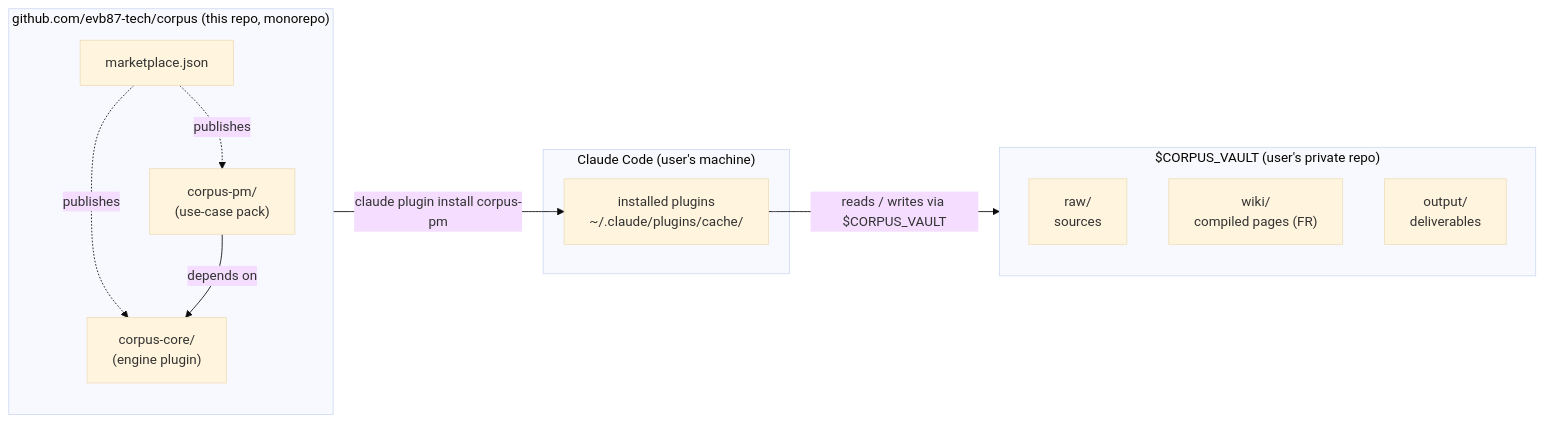
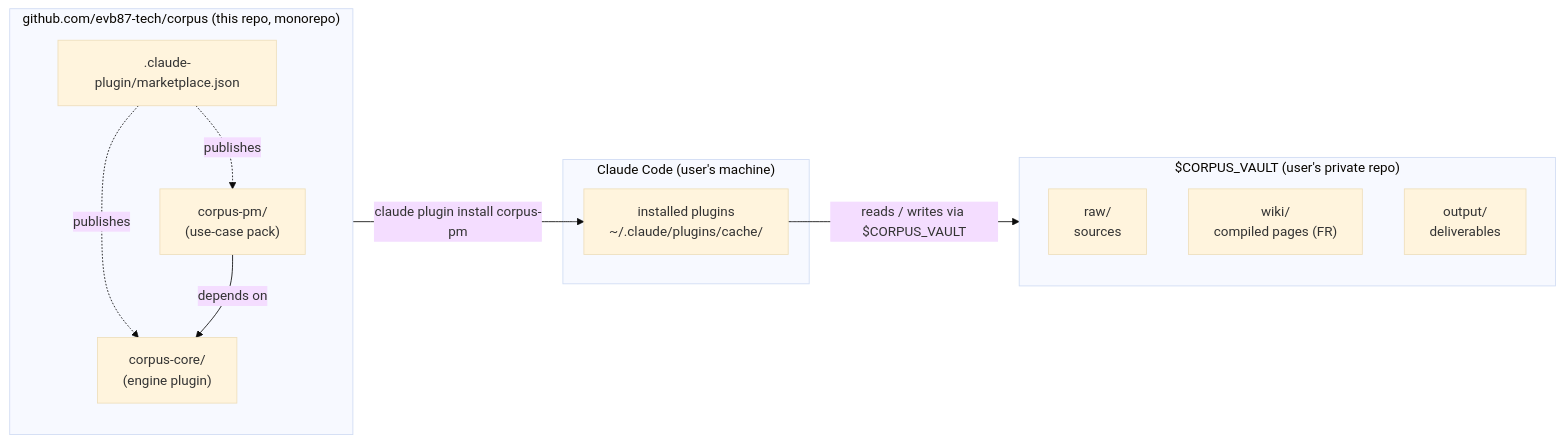
The first of 3 diagrams in ARCHITECTURE.md (evb87-tech/corpus), drawn with Mermaid (base theme) before and after one commit. The commit also changed 5 other files, not shown here.

First line of the commit message:
fix: move marketplace.json to .claude-plugin/marketplace.json (#36)

````diff
--- a/ARCHITECTURE.md
+++ b/ARCHITECTURE.md
@@ -9,24 +9,24 @@
 ```mermaid
 flowchart LR
     subgraph repo["github.com/evb87-tech/corpus (this repo, monorepo)"]
         core["corpus-core/<br/>(engine plugin)"]
         pm["corpus-pm/<br/>(use-case pack)"]
-        mp["marketplace.json"]
+        mp[".claude-plugin/marketplace.json"]
         mp -.publishes.-> core
         mp -.publishes.-> pm
         pm -- "depends on" --> core
     end
 
     subgraph cc["Claude Code (user's machine)"]
         installed["installed plugins<br/>~/.claude/plugins/cache/"]
     end
 
     subgraph vault["$CORPUS_VAULT (user's private repo)"]
         raw["raw/<br/>sources"]
         wiki["wiki/<br/>compiled pages (FR)"]
         output["output/<br/>deliverables"]
     end
 
     repo -- "claude plugin install corpus-pm" --> installed
     installed -- "reads / writes via $CORPUS_VAULT" --> vault
 ```
````
